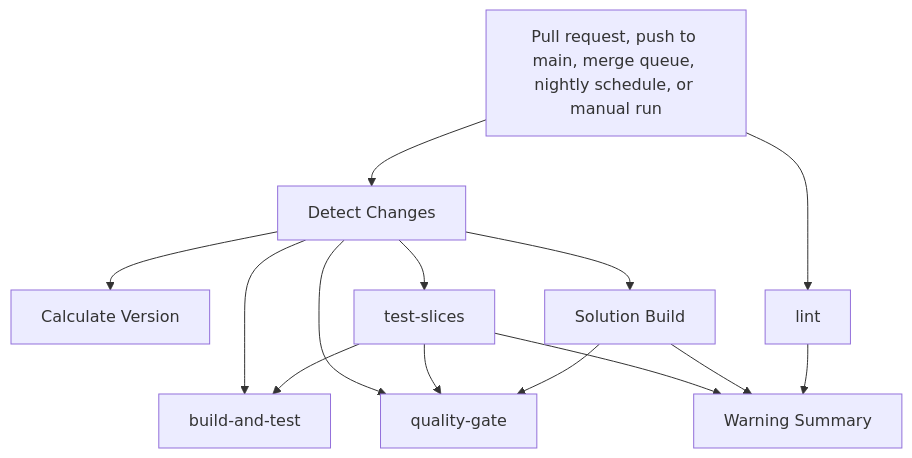
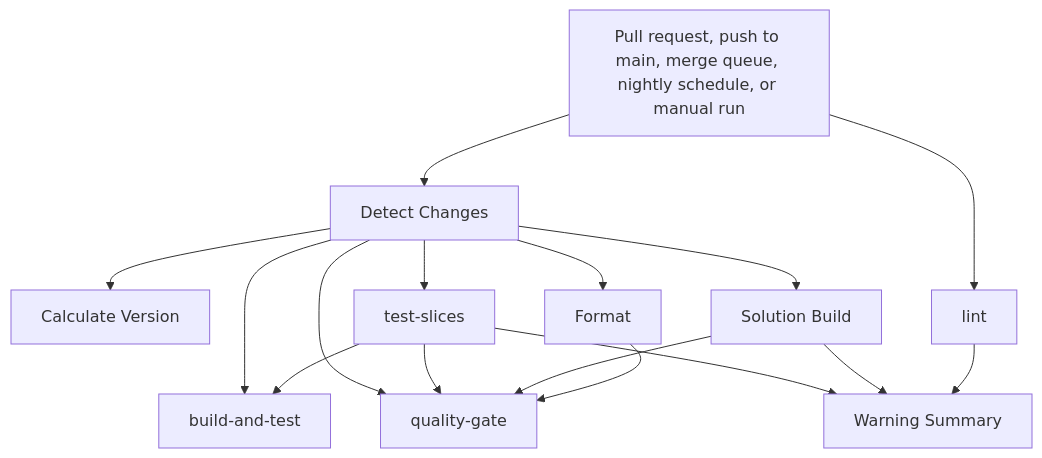
One commit to danigutsch/ViajantesTurismo changed the first of 3 diagrams in docs/architecture/ci-validation-flows.md. Above: the diagram before and after it, drawn with Mermaid. The commit also changed 7 other files, not shown here.

First line of the commit message:
ci: gate dotnet format and record SeekableContent upload ADR (#1509)

````diff
--- a/docs/architecture/ci-validation-flows.md
+++ b/docs/architecture/ci-validation-flows.md
@@ -20,25 +20,28 @@
 ```mermaid
 flowchart TB
     trigger[Pull request, push to main, merge queue, nightly schedule, or manual run]
     detect_changes[Detect Changes]
     calculate_version[Calculate Version]
     test_slices[test-slices]
     build_and_test[build-and-test]
     solution_build[Solution Build]
+    format[Format]
     quality_gate[quality-gate]
     warning_summary[Warning Summary]
     lint[lint]
     trigger --> detect_changes
     detect_changes --> calculate_version
     detect_changes --> test_slices
     detect_changes --> build_and_test
     test_slices --> build_and_test
     detect_changes --> solution_build
+    detect_changes --> format
     detect_changes --> quality_gate
     test_slices --> quality_gate
     solution_build --> quality_gate
+    format --> quality_gate
     test_slices --> warning_summary
     solution_build --> warning_summary
     lint --> warning_summary
     trigger --> lint
 ```
````
